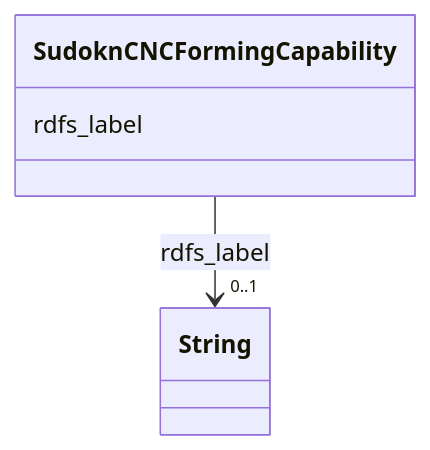
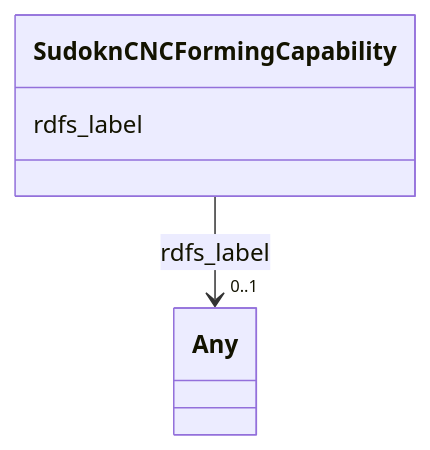
One commit to frink-okn/graph-descriptions changed the diagram in sudokn-kg/classes/SudoknCNCFormingCapability.md. Above: the diagram before and after it, drawn with Mermaid. The commit also changed other lines of this file and 903 other files, not shown here.

````diff
--- a/sudokn-kg/classes/SudoknCNCFormingCapability.md
+++ b/sudokn-kg/classes/SudoknCNCFormingCapability.md
@@ -23,15 +18,15 @@
 ```mermaid
  classDiagram
     class SudoknCNCFormingCapability
     click SudoknCNCFormingCapability href "../SudoknCNCFormingCapability"
       SudoknCNCFormingCapability : rdfs_label
         
           
     
     
-    SudoknCNCFormingCapability --> "0..1" String : rdfs_label
-    click String href "../String"
+    SudoknCNCFormingCapability --> "0..1" Any : rdfs_label
+    click Any href "../Any"
 
         
       
 ```
````
